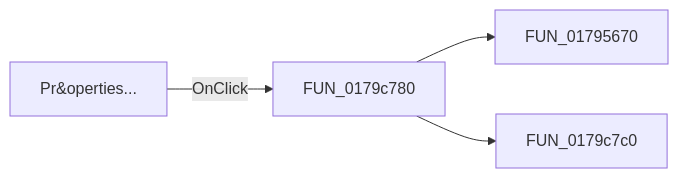
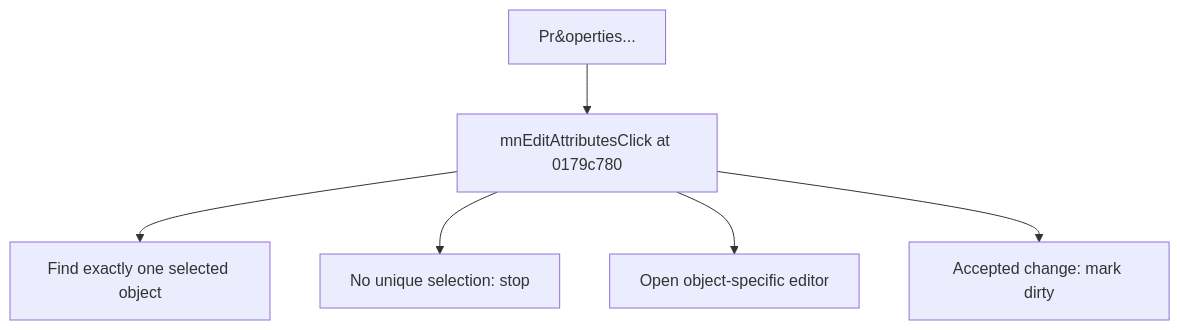
The diagram in docs/ui-controls/shapeedit/mneditattributes-2cc59bb24e.md (MovGP0/TIARA), drawn with Mermaid before and after one commit. The commit also changed other lines of this file and 1062 other files, not shown here.

````diff
--- a/docs/ui-controls/shapeedit/mneditattributes-2cc59bb24e.md
+++ b/docs/ui-controls/shapeedit/mneditattributes-2cc59bb24e.md
@@ -27,6 +25,8 @@
 ```mermaid
-flowchart LR
-    control["Pr&operties..."] -->|OnClick| handler["FUN_0179c780"]
-    handler --> call1["FUN_01795670"]
-    handler --> call2["FUN_0179c7c0"]
+flowchart TD
+    control["Pr&operties..."] --> handler["mnEditAttributesClick at 0179c780"]
+    handler --> step1["Find exactly one selected object"]
+    handler --> step2["No unique selection: stop"]
+    handler --> step3["Open object-specific editor"]
+    handler --> step4["Accepted change: mark dirty"]
 ```
````
